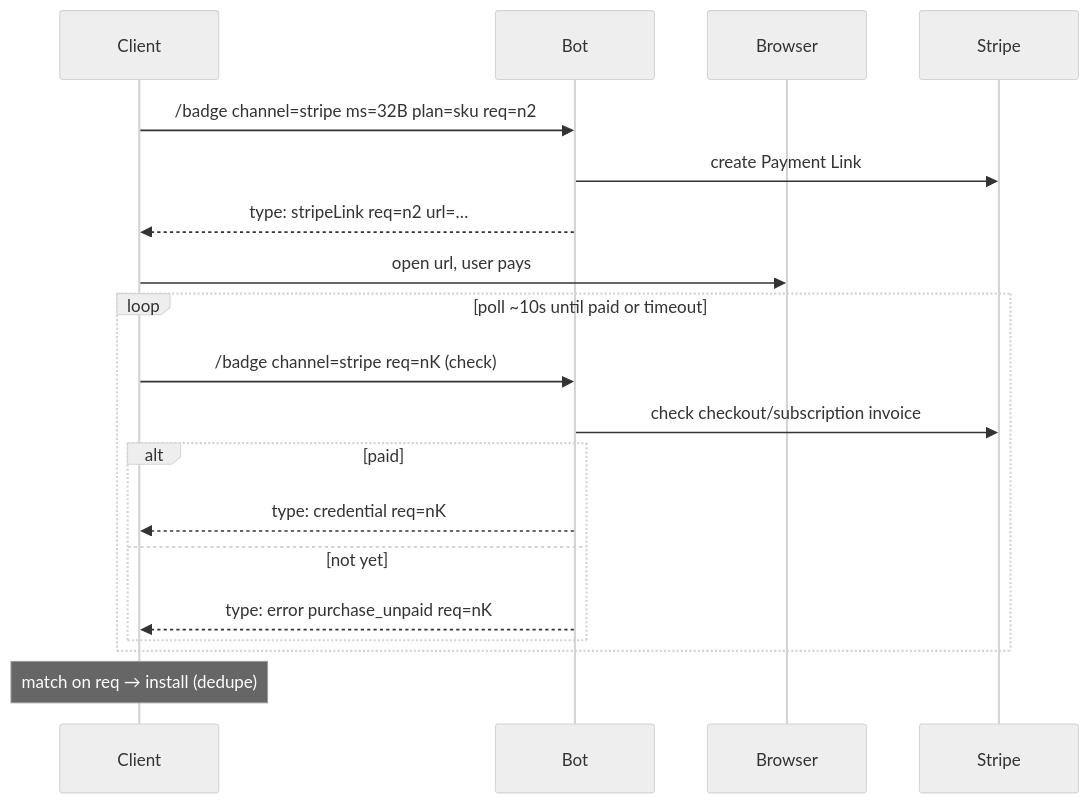
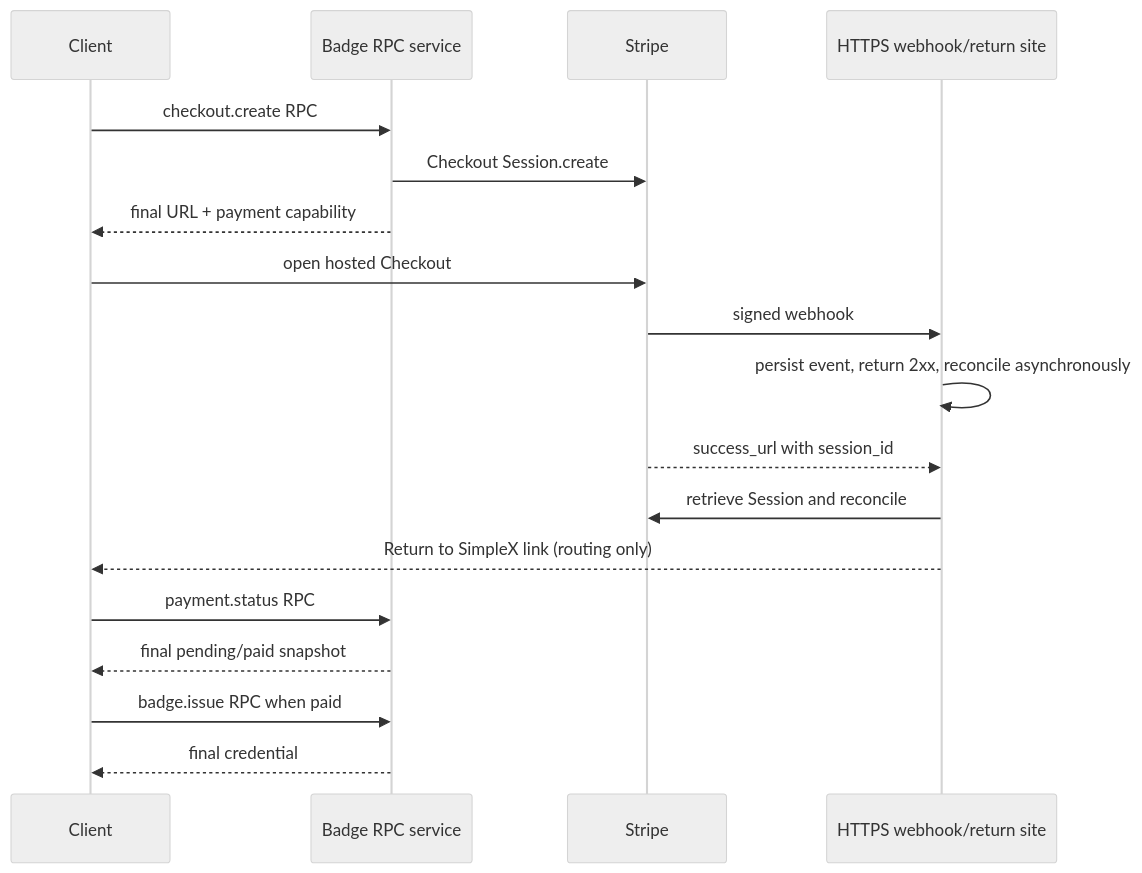
The third of 4 diagrams in plans/2026-07-20-supporter-badges-v2-implementation.md (simplex-chat/simplex-chat), drawn with Mermaid (neutral theme) before and after one commit. The commit also changed other lines of this file and 8 other files, not shown here.

````diff
--- a/plans/2026-07-20-supporter-badges-v2-implementation.md
+++ b/plans/2026-07-20-supporter-badges-v2-implementation.md
@@ -237,21 +571,20 @@
 ```mermaid
 sequenceDiagram
- participant C as Client
- participant B as Bot
- participant W as Browser
- participant S as Stripe
- C->>B: /badge channel=stripe ms=32B plan=sku req=n2
- B->>S: create Payment Link
- B-->>C: type: stripeLink req=n2 url=…
- C->>W: open url, user pays
- loop poll ~10s until paid or timeout
-  C->>B: /badge channel=stripe req=nK (check)
-  B->>S: check checkout/subscription invoice
-  alt paid
-   B-->>C: type: credential req=nK
-  else not yet
-   B-->>C: type: error purchase_unpaid req=nK
-  end
- end
- Note over C: match on req → install (dedupe)
+  participant C as Client
+  participant R as Badge RPC service
+  participant S as Stripe
+  participant H as HTTPS webhook/return site
+  C->>R: checkout.create RPC
+  R->>S: Checkout Session.create
+  R-->>C: final URL + payment capability
+  C->>S: open hosted Checkout
+  S->>H: signed webhook
+  H->>H: persist event, return 2xx, reconcile asynchronously
+  S-->>H: success_url with session_id
+  H->>S: retrieve Session and reconcile
+  H-->>C: Return to SimpleX link (routing only)
+  C->>R: payment.status RPC
+  R-->>C: final pending/paid snapshot
+  C->>R: badge.issue RPC when paid
+  R-->>C: final credential
 ```
````
